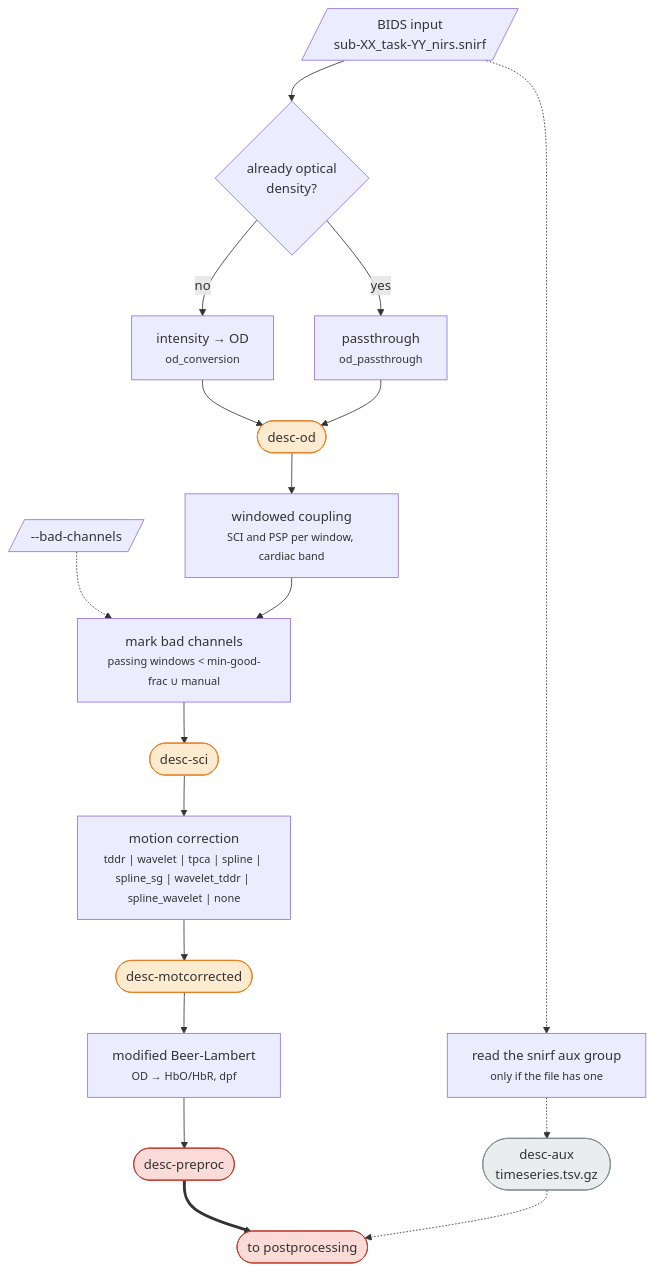
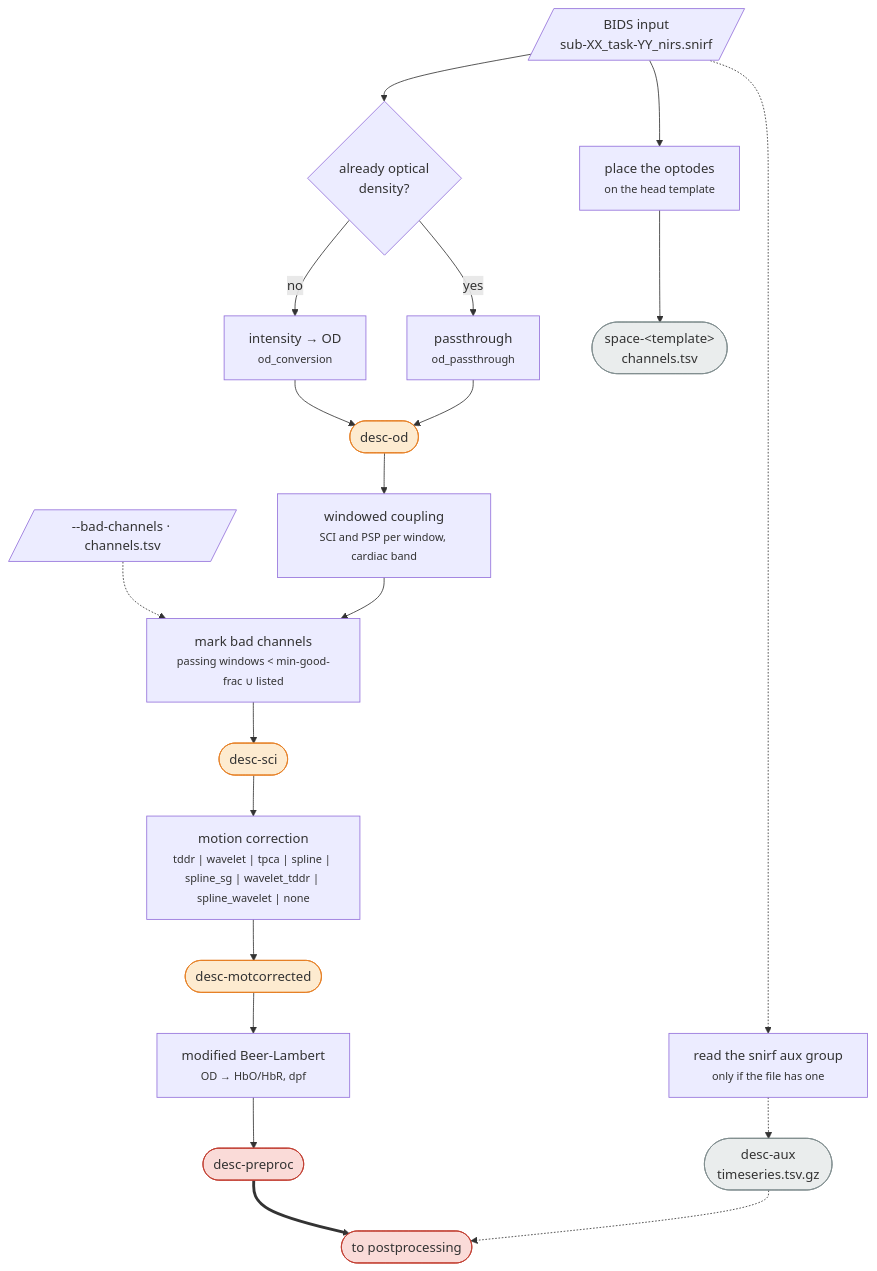
The first of 3 diagrams in docs/workflows.md (AU-CONNECT-Lab/NIRSPipe), drawn with Mermaid before and after one commit. The commit also changed other lines of this file, not shown here.

````diff
--- a/docs/workflows.md
+++ b/docs/workflows.md
@@ -15,35 +15,38 @@
 ```mermaid
 flowchart TD
     IN[/"BIDS input<br/>sub-XX_task-YY_nirs.snirf"/]
 
     IN --> ISOD{"already optical<br/>density?"}
     ISOD -->|no| CONV["intensity → OD<br/><small>od_conversion</small>"]
     ISOD -->|yes| PASS["passthrough<br/><small>od_passthrough</small>"]
 
     CONV --> OD(["desc-od"])
     PASS --> OD
 
     OD --> SCI["windowed coupling<br/><small>SCI and PSP per window, cardiac band</small>"]
-    MANUAL[/"--bad-channels"/] -.-> MERGE
-    SCI --> MERGE["mark bad channels<br/><small>passing windows &lt; min-good-frac ∪ manual</small>"]
+    MANUAL[/"--bad-channels · channels.tsv"/] -.-> MERGE
+    SCI --> MERGE["mark bad channels<br/><small>passing windows &lt; min-good-frac ∪ listed</small>"]
     MERGE --> SCIF(["desc-sci"])
 
     SCIF --> MOT["motion correction<br/><small>tddr | wavelet | tpca | spline | spline_sg | wavelet_tddr | spline_wavelet | none</small>"]
     MOT --> MOTF(["desc-motcorrected"])
 
     MOTF --> BL["modified Beer-Lambert<br/><small>OD → HbO/HbR, dpf</small>"]
     BL --> PRE(["desc-preproc"])
+
+    IN --> PLACE["place the optodes<br/><small>on the head template</small>"]
+    PLACE --> POS(["space-&lt;template&gt;<br/>channels.tsv"])
 
     IN -.-> AUXX["read the snirf aux group<br/><small>only if the file has one</small>"]
     AUXX -.-> AUX(["desc-aux<br/>timeseries.tsv.gz"])
 
     PRE ==> POST(["to postprocessing"])
     AUX -.-> POST
 
     classDef haemo fill:#fadbd8,stroke:#c0392b
     classDef od fill:#fdebd0,stroke:#e67e22
     classDef side fill:#eaeded,stroke:#7f8c8d
     class OD,SCIF,MOTF od
     class PRE,POST haemo
-    class AUX side
+    class AUX,POS side
 ```
````
